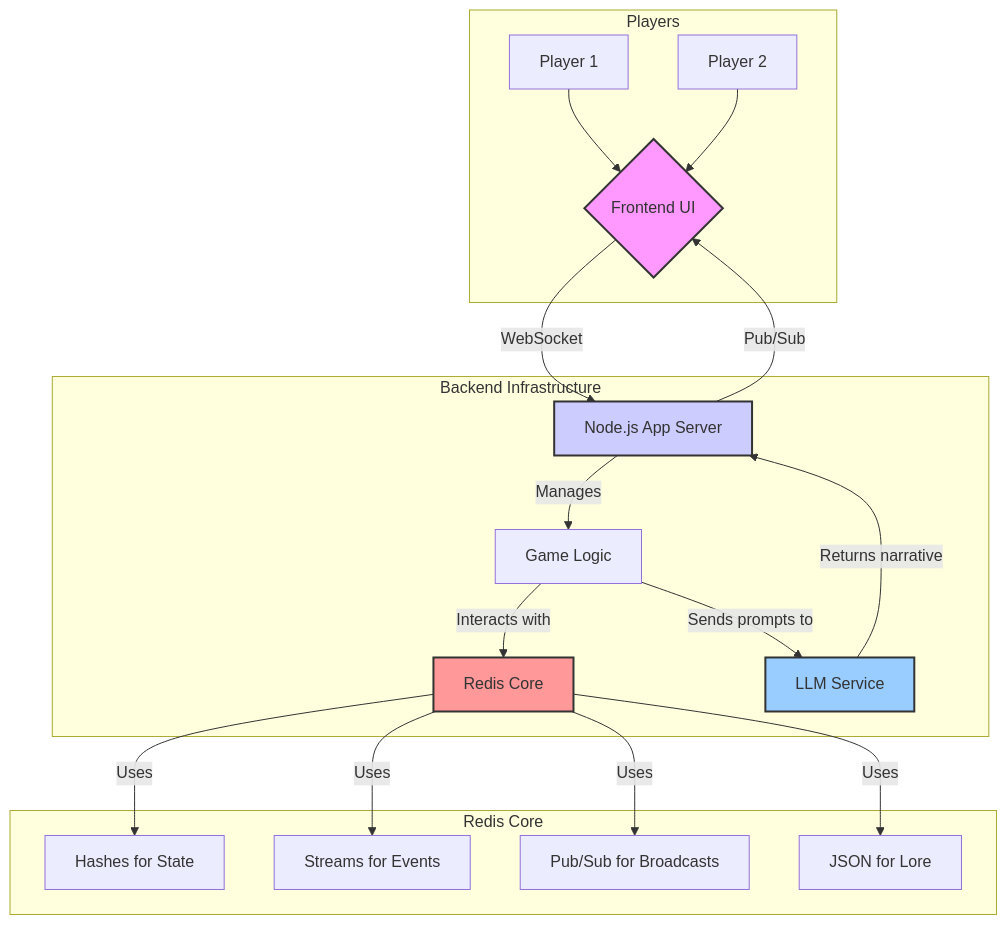
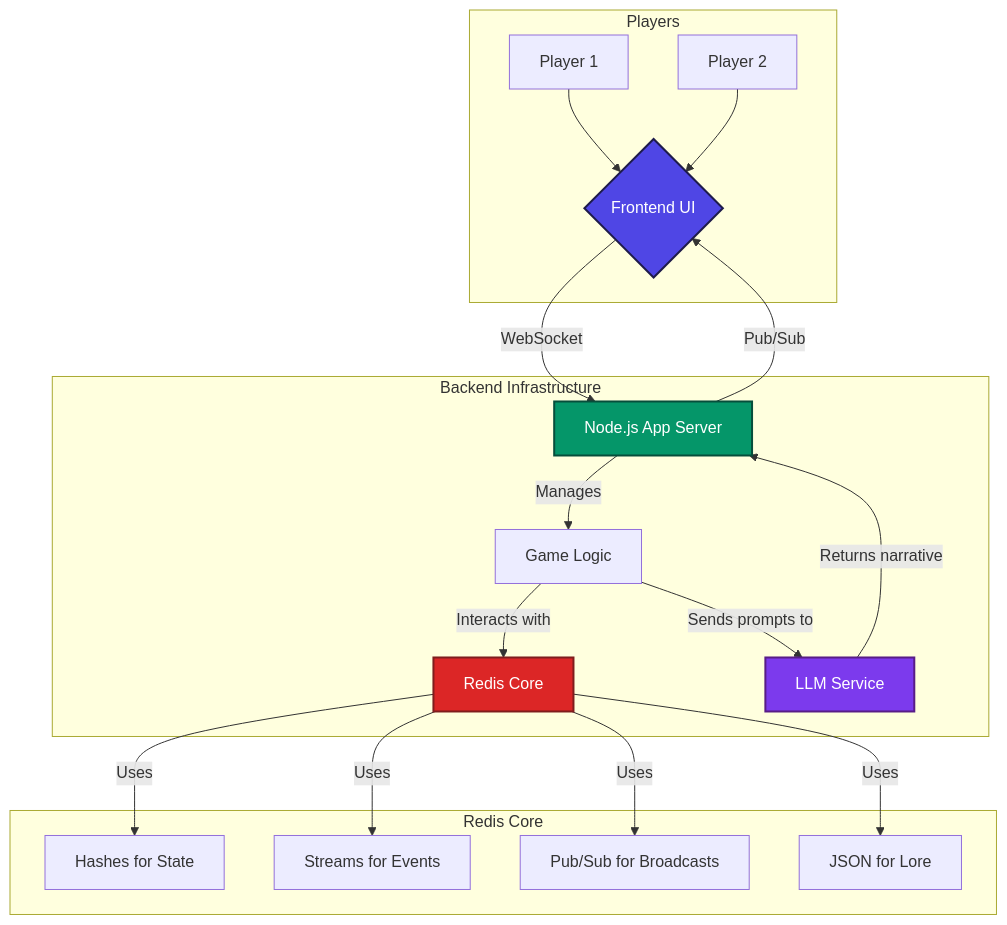
The first of 2 diagrams in README.md (ntanwir10/realtime_ai_dungeon_master), drawn with Mermaid before and after one commit.

Commit message:
updated architecture diagram readme

````diff
--- a/README.md
+++ b/README.md
@@ -125,29 +125,29 @@
 ```mermaid
 graph TD
     subgraph Players
         A[Player 1] --> C{Frontend UI}
         B[Player 2] --> C{Frontend UI}
     end
 
     subgraph Backend Infrastructure
         D[Node.js App Server] -- Manages --> E[Game Logic]
         E -- Interacts with --> F[Redis Core]
         E -- Sends prompts to --> G[LLM Service]
     end
 
     subgraph Redis Core
         F -- Uses --> H[Hashes for State]
         F -- Uses --> I[Streams for Events]
         F -- Uses --> J[Pub/Sub for Broadcasts]
         F -- Uses --> K[JSON for Lore]
     end
 
     C -- WebSocket --> D
     D -- Pub/Sub --> C
     G -- Returns narrative --> D
 
-    style C fill:#f9f,stroke:#333,stroke-width:2px
-    style D fill:#ccf,stroke:#333,stroke-width:2px
-    style F fill:#f99,stroke:#333,stroke-width:2px
-    style G fill:#9cf,stroke:#333,stroke-width:2px
+    style C fill:#4f46e5,stroke:#1e1b4b,stroke-width:2px,color:#ffffff
+    style D fill:#059669,stroke:#064e3b,stroke-width:2px,color:#ffffff
+    style F fill:#dc2626,stroke:#7f1d1d,stroke-width:2px,color:#ffffff
+    style G fill:#7c3aed,stroke:#581c87,stroke-width:2px,color:#ffffff
 ```
````
